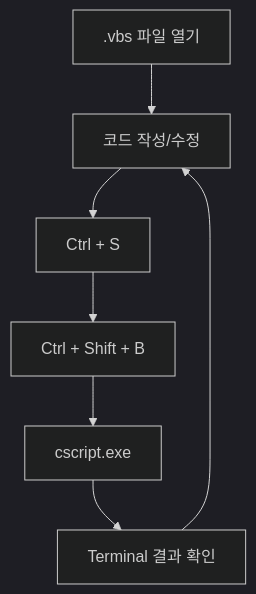
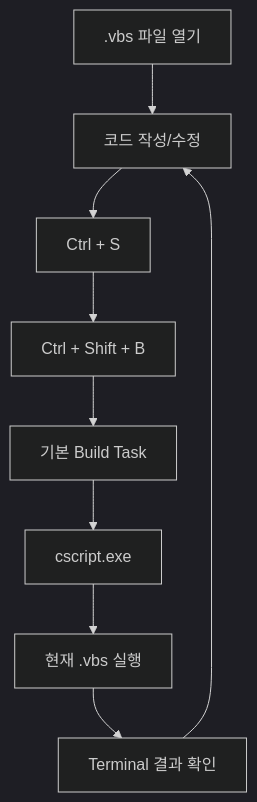
Before and after one commit to Team-Microserver/vbscript-doc: the diagram in docs/01_env/vbscript_run_verification.md, drawn with Mermaid (dark theme). The commit also changed other lines of this file and 9 other files, not shown here.

````diff
--- a/docs/01_env/vbscript_run_verification.md
+++ b/docs/01_env/vbscript_run_verification.md
@@ -139,9 +241,11 @@
 ```mermaid
 flowchart TD
     A[.vbs 파일 열기] --> B[코드 작성/수정]
     B --> C[Ctrl + S]
     C --> D[Ctrl + Shift + B]
-    D --> E[cscript.exe]
-    E --> F[Terminal 결과 확인]
-    F --> B
+    D --> E[기본 Build Task]
+    E --> F[cscript.exe]
+    F --> G[현재 .vbs 실행]
+    G --> H[Terminal 결과 확인]
+    H --> B
 ```
````
